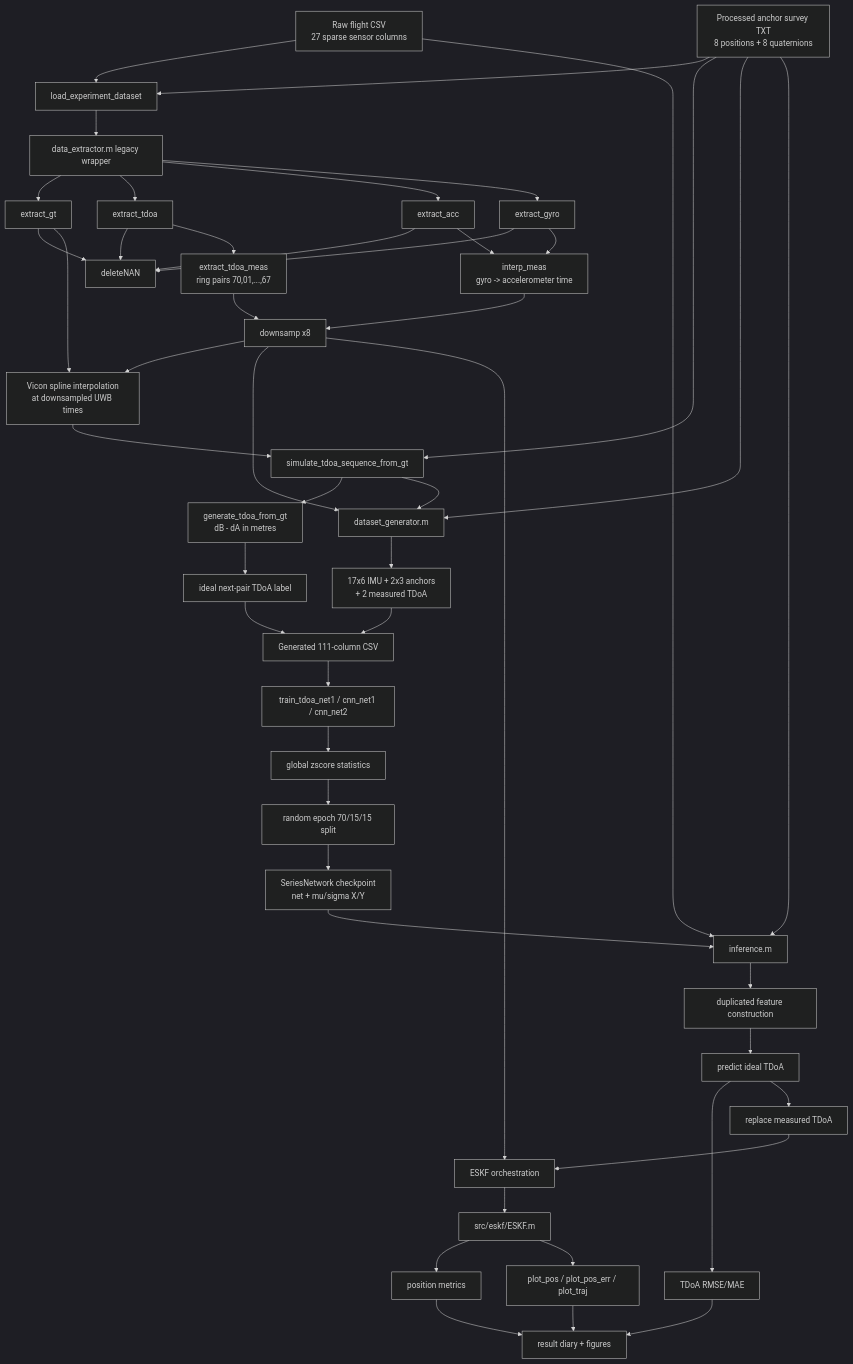
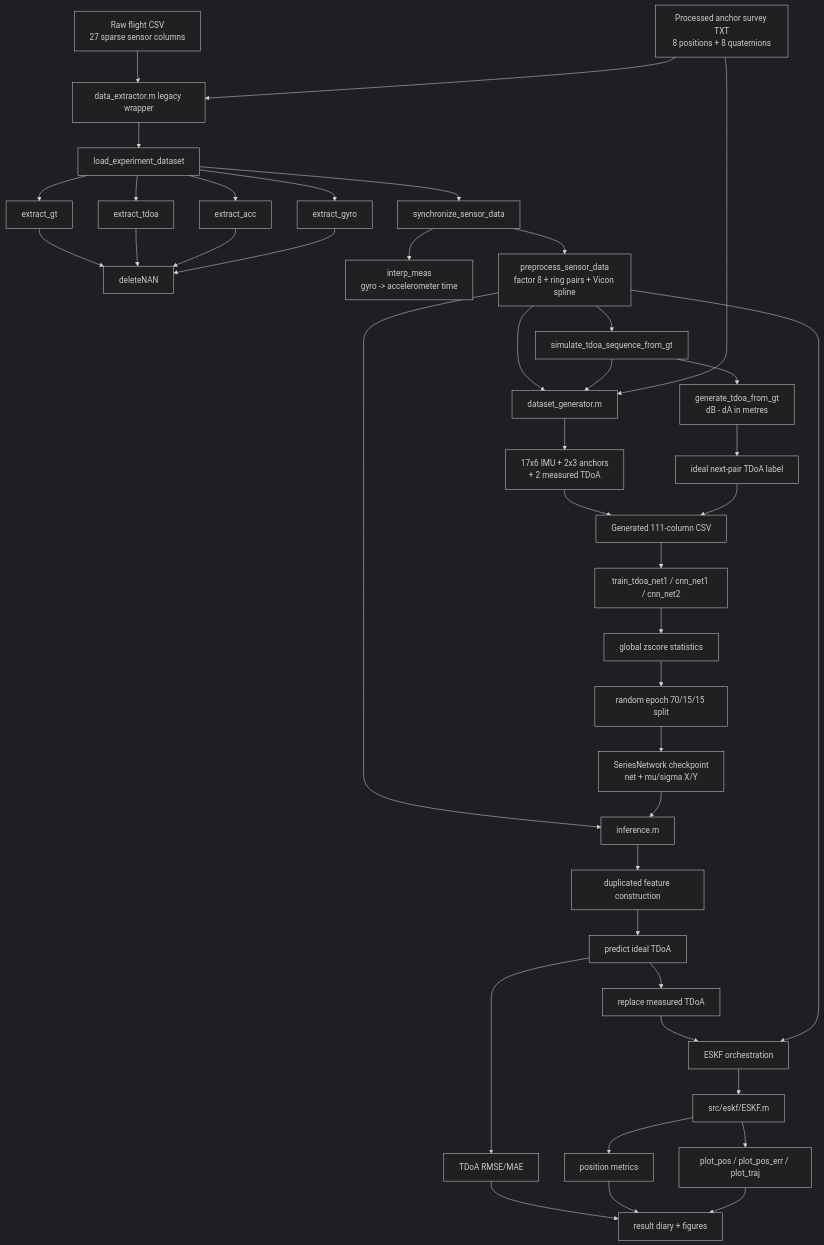
Before and after one commit to aria-joozani/uwb_imu_data_fusion_nn: the first of 4 diagrams in docs/dependency_map.md, drawn with Mermaid (dark theme). The commit also changed other lines of this file and 12 other files, not shown here.

````diff
--- a/docs/dependency_map.md
+++ b/docs/dependency_map.md
@@ -5,56 +5,50 @@
 ```mermaid
 flowchart TD
     RAW[Raw flight CSV<br/>27 sparse sensor columns]
     SURVEY[Processed anchor survey TXT<br/>8 positions + 8 quaternions]
 
-    RAW --> LOAD[load_experiment_dataset]
-    SURVEY --> LOAD
-    LOAD --> EX[data_extractor.m legacy wrapper]
-    EX --> EGT[extract_gt]
-    EX --> ET[extract_tdoa]
-    EX --> EA[extract_acc]
-    EX --> EG[extract_gyro]
+    RAW --> EX[data_extractor.m legacy wrapper]
+    SURVEY --> EX
+    EX --> LOAD[load_experiment_dataset]
+    LOAD --> EGT[extract_gt]
+    LOAD --> ET[extract_tdoa]
+    LOAD --> EA[extract_acc]
+    LOAD --> EG[extract_gyro]
     EGT --> DN[deleteNAN]
     ET --> DN
     EA --> DN
     EG --> DN
-    EG --> IM[interp_meas<br/>gyro -> accelerometer time]
-    EA --> IM
-    IM --> DS[downsamp x8]
-    ET --> PAIRS[extract_tdoa_meas<br/>ring pairs 70,01,...,67]
-    PAIRS --> DS
-    EGT --> GTI[Vicon spline interpolation<br/>at downsampled UWB times]
-    DS --> GTI
-    GTI --> SIM[simulate_tdoa_sequence_from_gt]
-    SURVEY --> SIM
+    LOAD --> SYNC[synchronize_sensor_data]
+    SYNC --> IM[interp_meas<br/>gyro -> accelerometer time]
+    SYNC --> PRE[preprocess_sensor_data<br/>factor 8 + ring pairs + Vicon spline]
+    PRE --> SIM[simulate_tdoa_sequence_from_gt]
     SIM --> GTF[generate_tdoa_from_gt<br/>dB - dA in metres]
 
-    DS --> GEN[dataset_generator.m]
+    PRE --> GEN[dataset_generator.m]
     SIM --> GEN
     SURVEY --> GEN
     GEN --> FEAT[17x6 IMU + 2x3 anchors<br/>+ 2 measured TDoA]
     GTF --> LABEL[ideal next-pair TDoA label]
     FEAT --> NNCSV[Generated 111-column CSV]
     LABEL --> NNCSV
 
     NNCSV --> TRAIN[train_tdoa_net1 / cnn_net1 / cnn_net2]
     TRAIN --> NORM[global zscore statistics]
     NORM --> SPLIT[random epoch 70/15/15 split]
     SPLIT --> CKPT[SeriesNetwork checkpoint<br/>net + mu/sigma X/Y]
 
-    RAW --> INF[inference.m]
-    SURVEY --> INF
+    PRE --> INF[inference.m]
     CKPT --> INF
     INF --> IFEAT[duplicated feature construction]
     IFEAT --> PRED[predict ideal TDoA]
     PRED --> TMET[TDoA RMSE/MAE]
     PRED --> ENH[replace measured TDoA]
     ENH --> ERUN[ESKF orchestration]
-    DS --> ERUN
+    PRE --> ERUN
     ERUN --> ECLASS[src/eskf/ESKF.m]
     ECLASS --> PMET[position metrics]
     ECLASS --> PLOT[plot_pos / plot_pos_err / plot_traj]
     TMET --> LOG[result diary + figures]
     PMET --> LOG
     PLOT --> LOG
 ```
````
